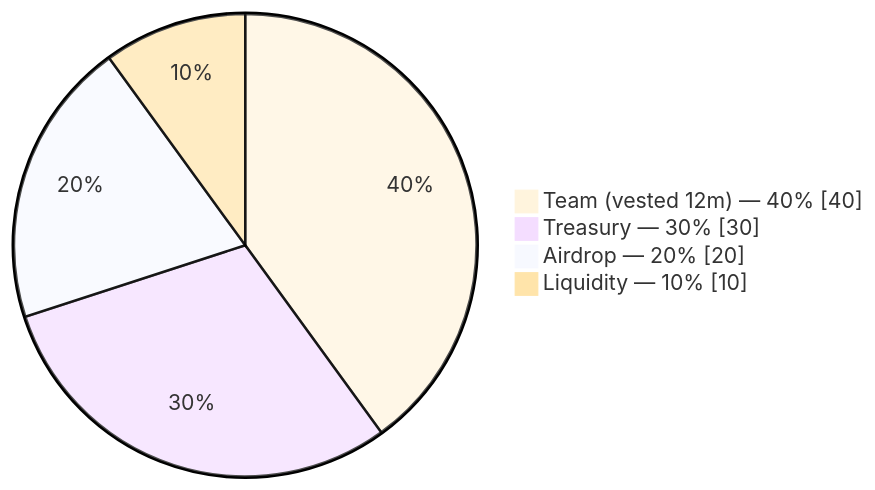
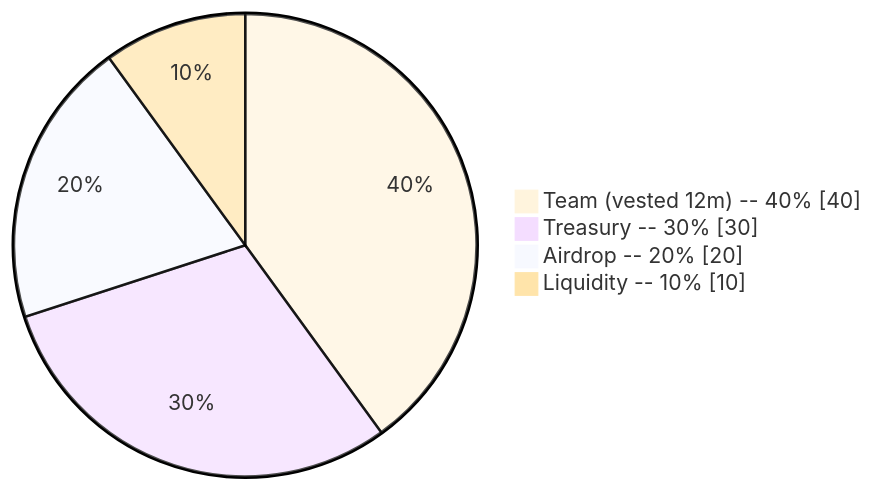
One commit to alikhan-s/blockchain-2-ass-4 changed the second of 2 diagrams in README.md. Above: the diagram before and after it, drawn with Mermaid. The commit also changed other lines of this file and 3 other files, not shown here.

````diff
--- a/README.md
+++ b/README.md
@@ -19,8 +47,8 @@
 ```mermaid
 %%{init: {"theme":"base", "themeVariables": {"pieOuterStrokeWidth": "2px"}} }%%
 pie showData
-    "Team (vested 12m) — 40%" : 40
-    "Treasury — 30%" : 30
-    "Airdrop — 20%" : 20
-    "Liquidity — 10%" : 10
+    "Team (vested 12m) -- 40%" : 40
+    "Treasury -- 30%" : 30
+    "Airdrop -- 20%" : 20
+    "Liquidity -- 10%" : 10
 ```
````
